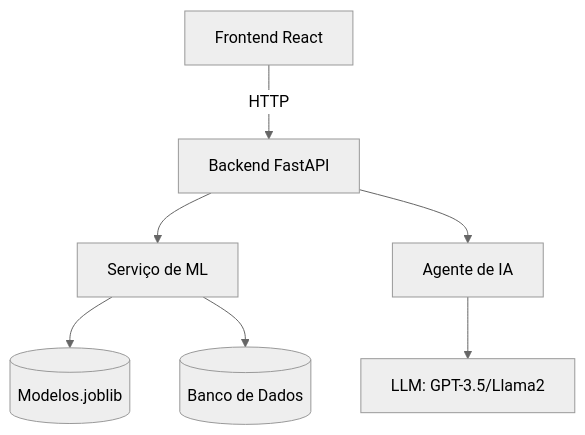
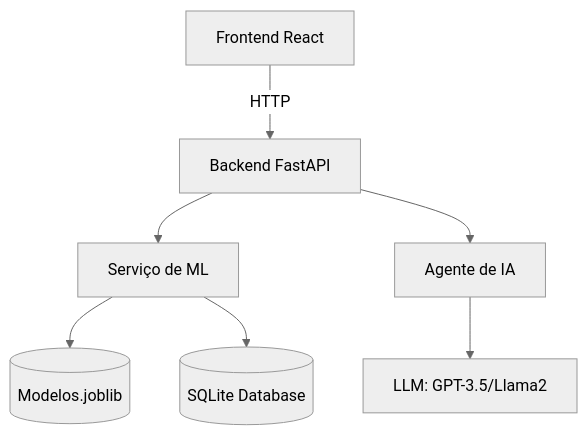
Before and after one commit to victorhorat/ProdWise: the first of 2 diagrams in README.md, drawn with Mermaid (neutral theme). The commit also changed other lines of this file and 37 other files, not shown here.

````diff
--- a/README.md
+++ b/README.md
@@ -19,9 +19,9 @@
 ```mermaid
 graph TD
     A[Frontend React] -->|HTTP| B[Backend FastAPI]
     B --> C[Serviço de ML]
     B --> D[Agente de IA]
     C --> E[(Modelos.joblib)]  
-    C --> F[(Banco de Dados)]  
+    C --> F[(SQLite Database)]  
     D --> G[LLM: GPT-3.5/Llama2]
 ```
````
